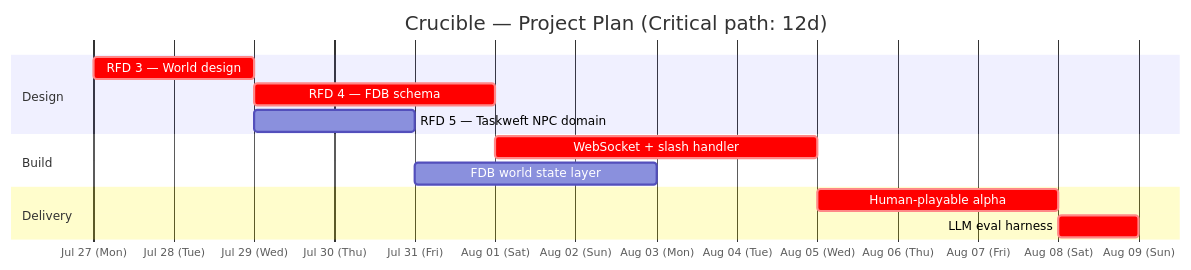
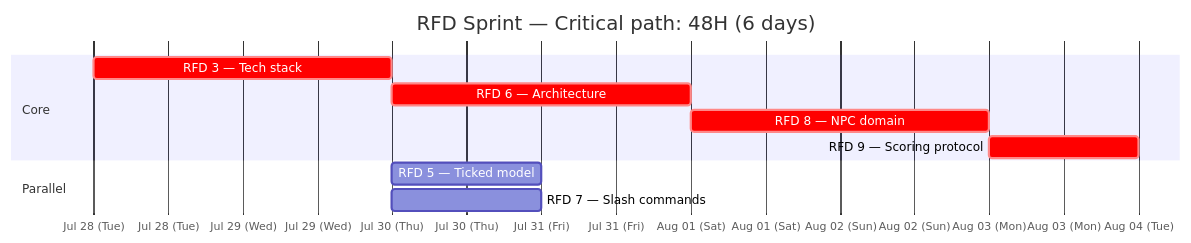
The diagram in PERT_PLAN.md (taskweft/crucible-rfd), drawn with Mermaid before and after one commit. The commit also changed other lines of this file and 9 other files, not shown here.

Commit message:
Split RFDs and backfill: RFD 3, 5, 6, 7, 8, 9 with PERT plan

````diff
--- a/PERT_PLAN.md
+++ b/PERT_PLAN.md
@@ -15,19 +7,16 @@
 ```mermaid
 gantt
-    title Crucible — Project Plan (Critical path: 12d)
+    title RFD Sprint — Critical path: 48H (6 days)
     dateFormat  YYYY-MM-DD
     axisFormat  %b %d (%a)
 
-    section Design
-    RFD 3 — World design          :crit, rfd3, 2026-07-27, 2d
-    RFD 4 — FDB schema            :crit, rfd4, after rfd3, 3d
-    RFD 5 — Taskweft NPC domain   :rfd5, after rfd3, 2d
+    section Core
+    RFD 3 — Tech stack            :crit, r3, 2026-07-28, 2d
+    RFD 6 — Architecture          :crit, r6, after r3, 1.5d
+    RFD 8 — NPC domain            :crit, r8, after r6, 1.5d
+    RFD 9 — Scoring protocol      :crit, r9, after r8, 1d
 
-    section Build
-    WebSocket + slash handler     :crit, ws, after rfd4, 4d
-    FDB world state layer         :world, after rfd5, 3d
-
-    section Delivery
-    Human-playable alpha          :crit, alpha, after ws, 3d
-    LLM eval harness              :crit, harness, after alpha, 1d
+    section Parallel
+    RFD 5 — Ticked model          :r5, after r3, 0.5d
+    RFD 7 — Slash commands        :r7, after r3, 0.75d
 ```
````
